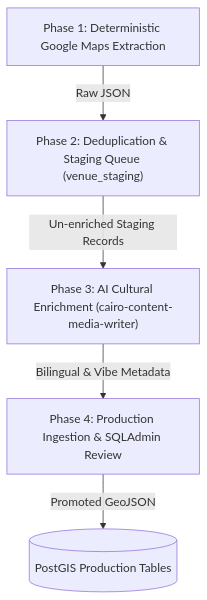
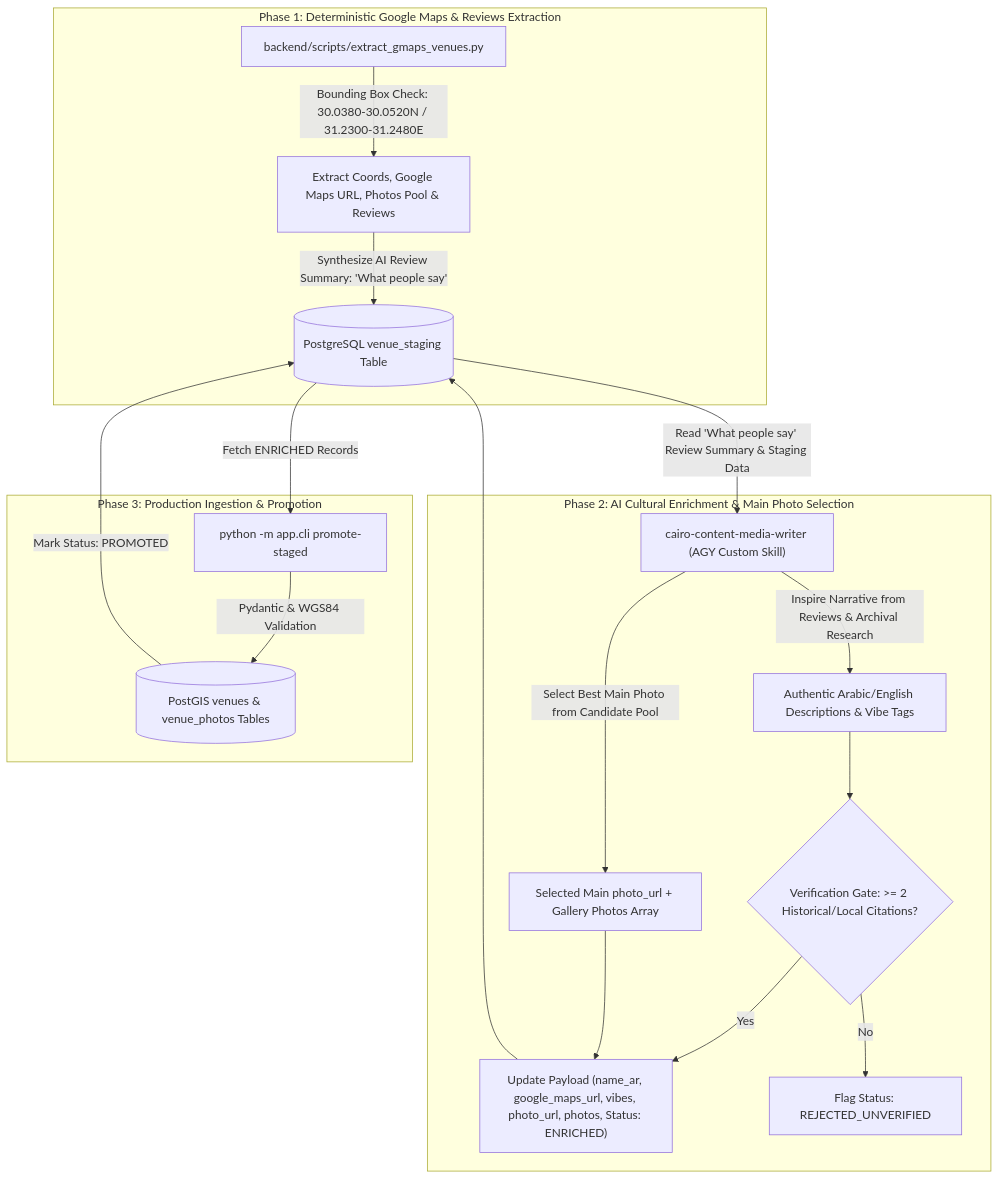
The diagram in ai-work/spec/hybrid-content-ingestion-pipeline-spec.md (alexseif/barincairo), drawn with Mermaid before and after one commit. The commit also changed other lines of this file and 1 other file, not shown here.

Commit message:
docs(spec): consolidate single master specification for Hybrid Content Ingestion Pipeline

````diff
--- a/ai-work/spec/hybrid-content-ingestion-pipeline-spec.md
+++ b/ai-work/spec/hybrid-content-ingestion-pipeline-spec.md
@@ -34,7 +25,24 @@
 ```mermaid
 flowchart TD
-    A["Phase 1: Deterministic Google Maps Extraction"] -->|Raw JSON| B["Phase 2: Deduplication & Staging Queue (venue_staging)"]
-    B -->|Un-enriched Staging Records| C["Phase 3: AI Cultural Enrichment (cairo-content-media-writer)"]
-    C -->|Bilingual & Vibe Metadata| D["Phase 4: Production Ingestion & SQLAdmin Review"]
-    D -->|Promoted GeoJSON| DB[(PostGIS Production Tables)]
+    subgraph Phase1["Phase 1: Deterministic Google Maps & Reviews Extraction"]
+        G1["backend/scripts/extract_gmaps_venues.py"] -->|Bounding Box Check: 30.0380-30.0520N / 31.2300-31.2480E| G2["Extract Coords, Google Maps URL, Photos Pool & Reviews"]
+        G2 -->|Synthesize AI Review Summary: 'What people say'| STAGE[(PostgreSQL venue_staging Table)]
+    end
+
+    subgraph Phase2["Phase 2: AI Cultural Enrichment & Main Photo Selection"]
+        STAGE -->|Read 'What people say' Review Summary & Staging Data| AI["cairo-content-media-writer (AGY Custom Skill)"]
+        AI -->|Select Best Main Photo from Candidate Pool| PHOTO["Selected Main photo_url + Gallery Photos Array"]
+        AI -->|Inspire Narrative from Reviews & Archival Research| NARRATIVE["Authentic Arabic/English Descriptions & Vibe Tags"]
+        NARRATIVE --> GATE{"Verification Gate: >= 2 Historical/Local Citations?"}
+        GATE -->|Yes| ENRICHED["Update Payload (name_ar, google_maps_url, vibes, photo_url, photos, Status: ENRICHED)"]
+        GATE -->|No| REJECT["Flag Status: REJECTED_UNVERIFIED"]
+        PHOTO --> ENRICHED
+        ENRICHED --> STAGE
+    end
+
+    subgraph Phase3["Phase 3: Production Ingestion & Promotion"]
+        STAGE -->|Fetch ENRICHED Records| CLI["python -m app.cli promote-staged"]
+        CLI -->|Pydantic & WGS84 Validation| PROD[(PostGIS venues & venue_photos Tables)]
+        PROD -->|Mark Status: PROMOTED| STAGE
+    end
 ```
````
